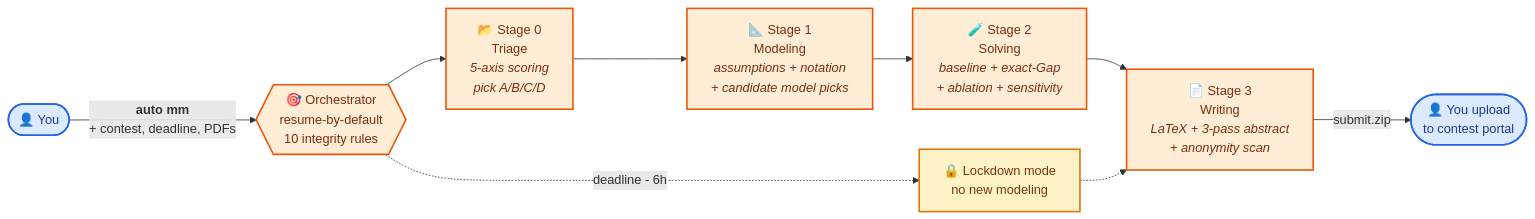
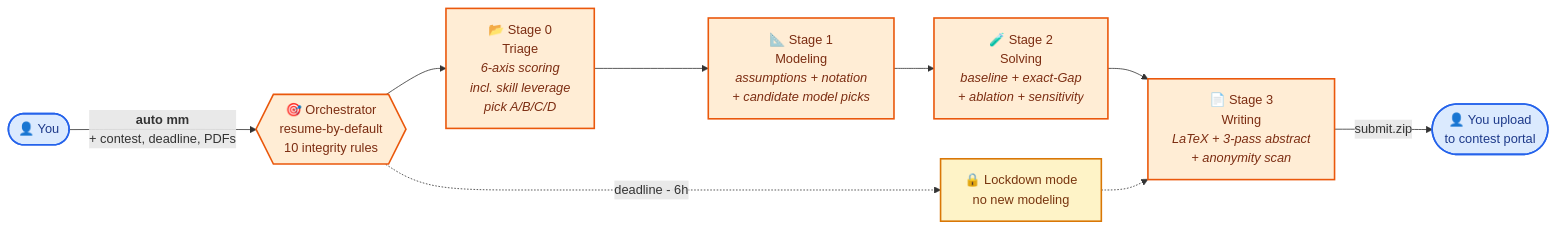
One commit to deafenken/auto-MM changed the diagram in README.md. Above: the diagram before and after it, drawn with Mermaid. The commit also changed other lines of this file and 5 other files, not shown here.

````diff
--- a/README.md
+++ b/README.md
@@ -22,17 +22,17 @@
 ```mermaid
 flowchart LR
     U(["👤 You"]) -->|"<b>auto mm</b><br/>+ contest, deadline, PDFs"| O{{"🎯 Orchestrator<br/>resume-by-default<br/>10 integrity rules"}}
-    O --> S0["📂 Stage 0<br/>Triage<br/><i>5-axis scoring<br/>pick A/B/C/D</i>"]
+    O --> S0["📂 Stage 0<br/>Triage<br/><i>6-axis scoring<br/>incl. skill leverage<br/>pick A/B/C/D</i>"]
     S0 --> S1["📐 Stage 1<br/>Modeling<br/><i>assumptions + notation<br/>+ candidate model picks</i>"]
     S1 --> S2["🧪 Stage 2<br/>Solving<br/><i>baseline + exact-Gap<br/>+ ablation + sensitivity</i>"]
     S2 --> S3["📄 Stage 3<br/>Writing<br/><i>LaTeX + 3-pass abstract<br/>+ anonymity scan</i>"]
     S3 -->|"submit.zip"| H(["👤 You upload<br/>to contest portal"])
     O -.->|"deadline - 6h"| L["🔒 Lockdown mode<br/>no new modeling"]
     L -.-> S3
     classDef hot fill:#FFEDD5,stroke:#EA580C,color:#7C2D12,stroke-width:2px;
     classDef cold fill:#DBEAFE,stroke:#2563EB,color:#1E3A8A,stroke-width:2px;
     classDef warn fill:#FEF3C7,stroke:#D97706,color:#78350F,stroke-width:2px;
     class O,S0,S1,S2,S3 hot
     class U,H cold
     class L warn
 ```
````
